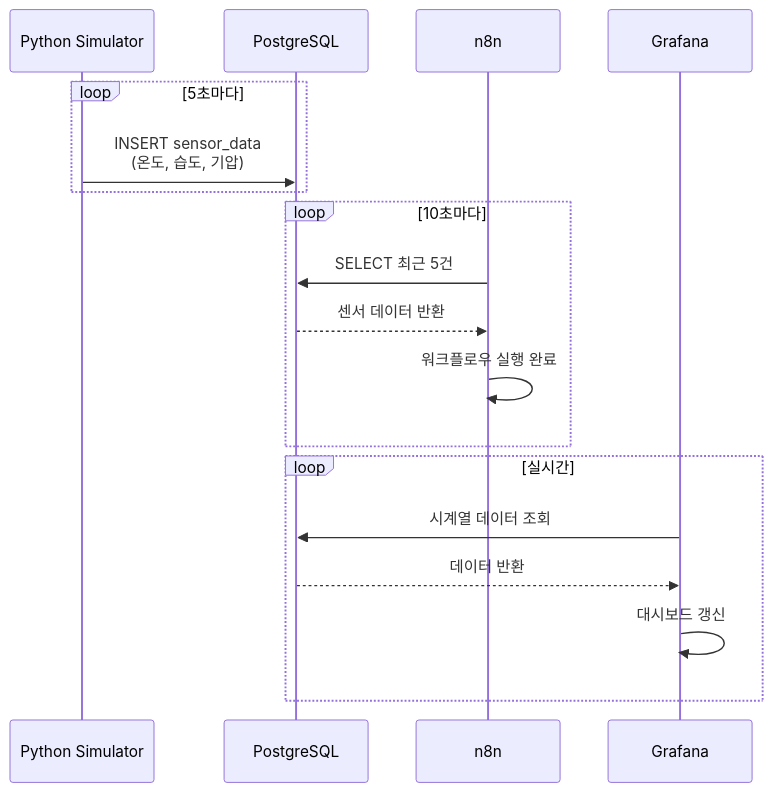
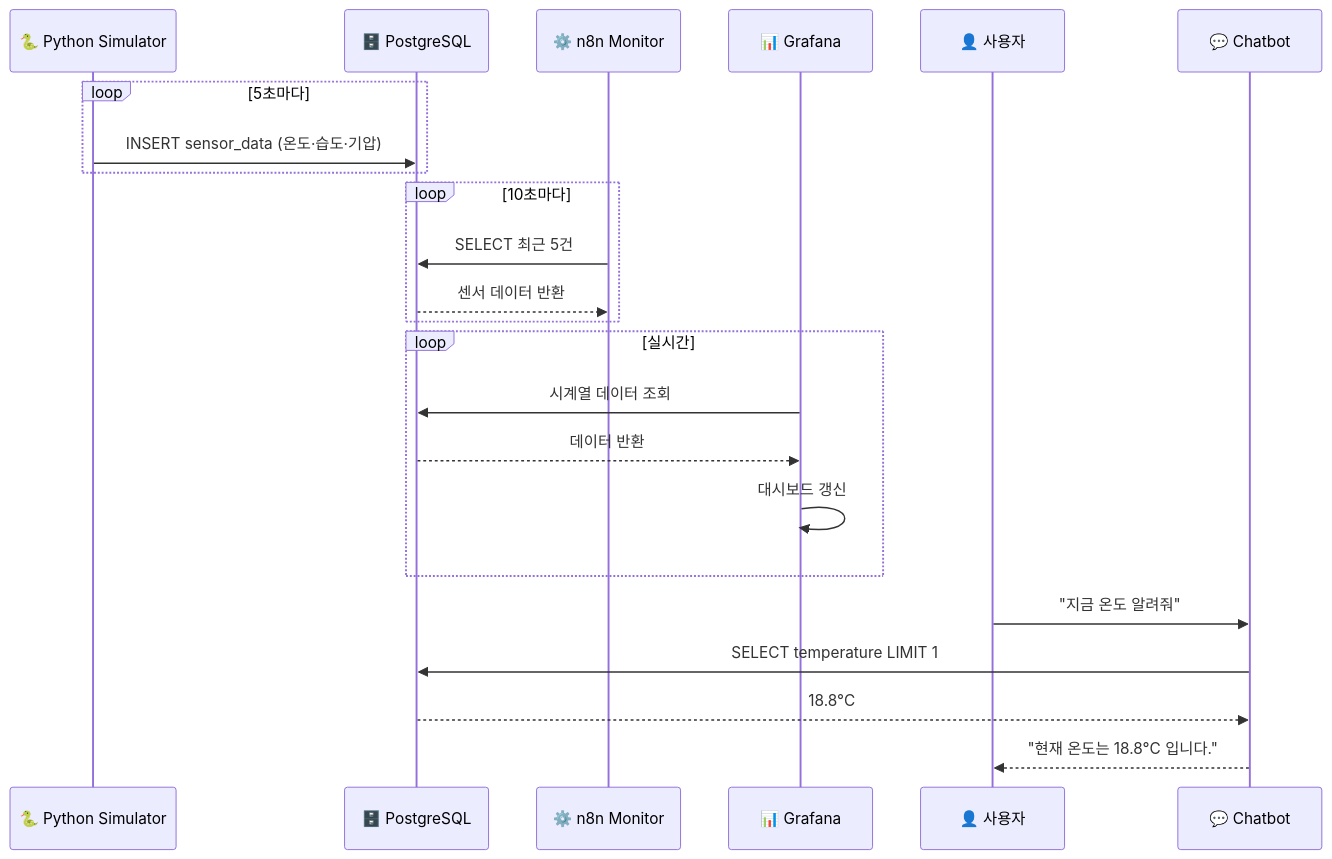
Before and after one commit to Userlsj-project/docker_n8n_sensor: the third of 3 diagrams in README.md, drawn with Mermaid. The commit also changed other lines of this file, not shown here.

First line of the commit message:
Update README with chatbot workflow and mermaid diagrams

````diff
--- a/README.md
+++ b/README.md
@@ -31,23 +64,29 @@
 ```mermaid
 sequenceDiagram
-    participant P as Python Simulator
-    participant DB as PostgreSQL
-    participant N as n8n
-    participant G as Grafana
+    participant P as 🐍 Python Simulator
+    participant DB as 🗄️ PostgreSQL
+    participant N as ⚙️ n8n Monitor
+    participant G as 📊 Grafana
+    participant U as 👤 사용자
+    participant C as 💬 Chatbot
 
     loop 5초마다
-        P->>DB: INSERT sensor_data<br/>(온도, 습도, 기압)
+        P->>DB: INSERT sensor_data (온도·습도·기압)
     end
 
     loop 10초마다
         N->>DB: SELECT 최근 5건
         DB-->>N: 센서 데이터 반환
-        N->>N: 워크플로우 실행 완료
     end
 
     loop 실시간
         G->>DB: 시계열 데이터 조회
         DB-->>G: 데이터 반환
         G->>G: 대시보드 갱신
     end
+
+    U->>C: "지금 온도 알려줘"
+    C->>DB: SELECT temperature LIMIT 1
+    DB-->>C: 18.8°C
+    C-->>U: "현재 온도는 18.8°C 입니다."
 ```
````
